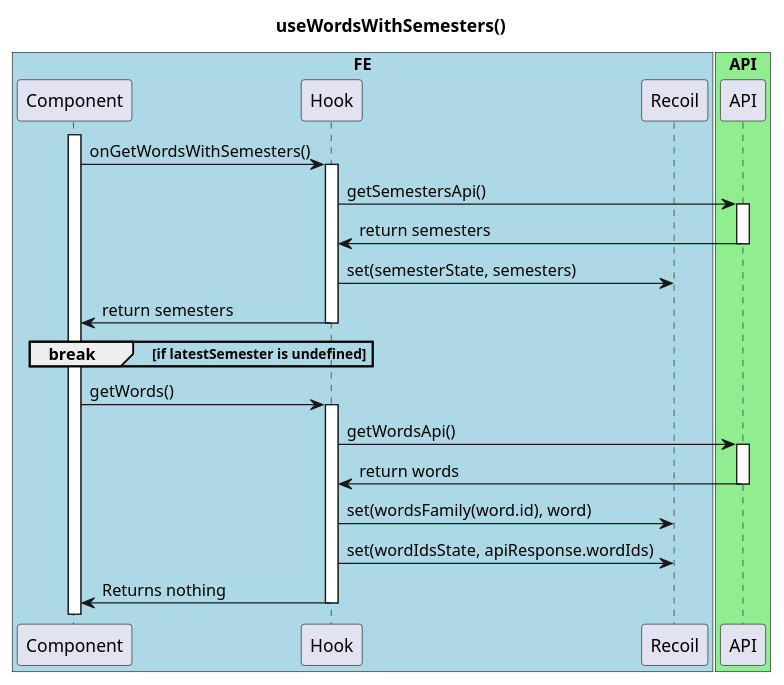
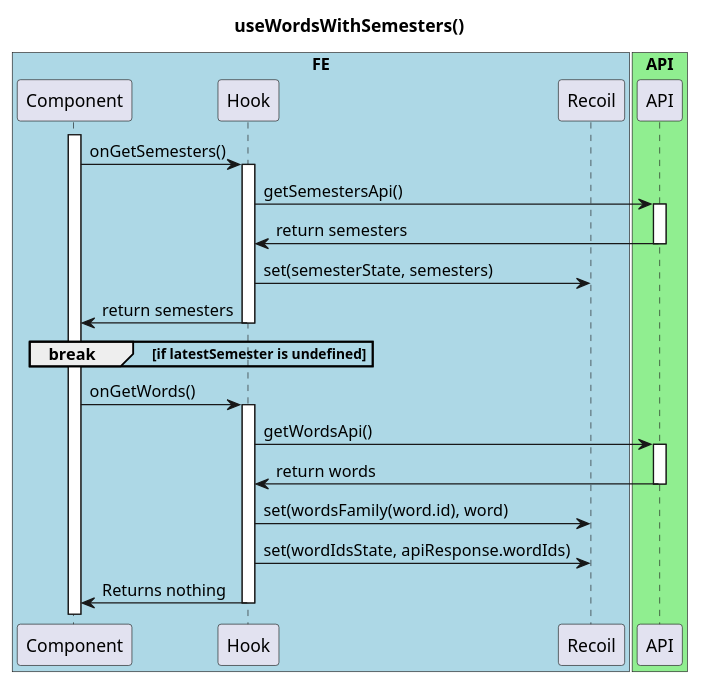
Before and after one commit to ajktown/docs: the first of 2 diagrams in dev/diagrams/on-click-refresh-button.md, drawn with PlantUML. The commit also changed other lines of this file, not shown here.

Commit message:
doc: refactor function name

````diff
--- a/dev/diagrams/on-click-refresh-button.md
+++ b/dev/diagrams/on-click-refresh-button.md
@@ -23,38 +23,38 @@
 ```plantuml
 
 @startuml
 
 title useWordsWithSemesters()
 
 box "FE" #Lightblue
   participant "Component" as fe
   participant "Hook" as hook
   participant "Recoil" as recoil
 box
 box "API" #Lightgreen
   participant "API" as api
 box
 
   activate fe
-  fe -> hook: onGetWordsWithSemesters()
+  fe -> hook: onGetSemesters()
     activate hook
       hook -> api: getSemestersApi()
       activate api
         hook <- api: return semesters
       deactivate api
       hook -> recoil: set(semesterState, semesters)
       fe <- hook: return semesters
     deactivate hook
   break if latestSemester is undefined
   end break
-    fe -> hook: getWords()
+    fe -> hook: onGetWords()
     activate hook
       hook -> api: getWordsApi()
       activate api
         hook <- api: return words
       deactivate api
       hook -> recoil: set(wordsFamily(word.id), word)
       hook -> recoil: set(wordIdsState, apiResponse.wordIds)
       fe <- hook: Returns nothing
     deactivate hook
 ```
````
